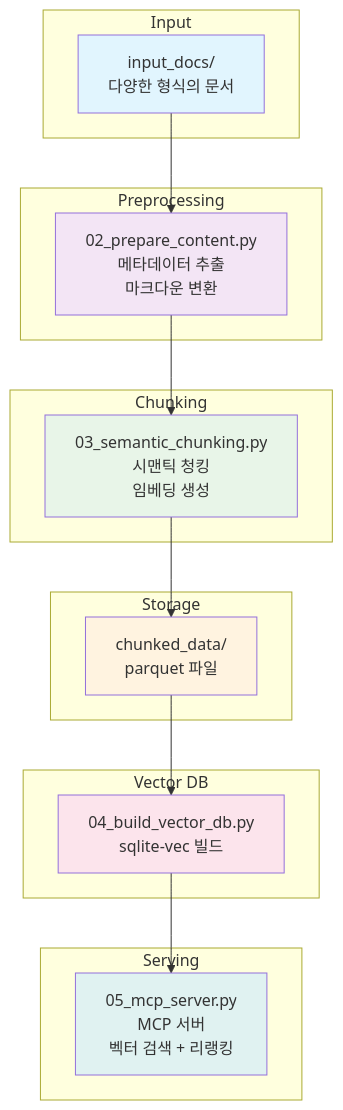
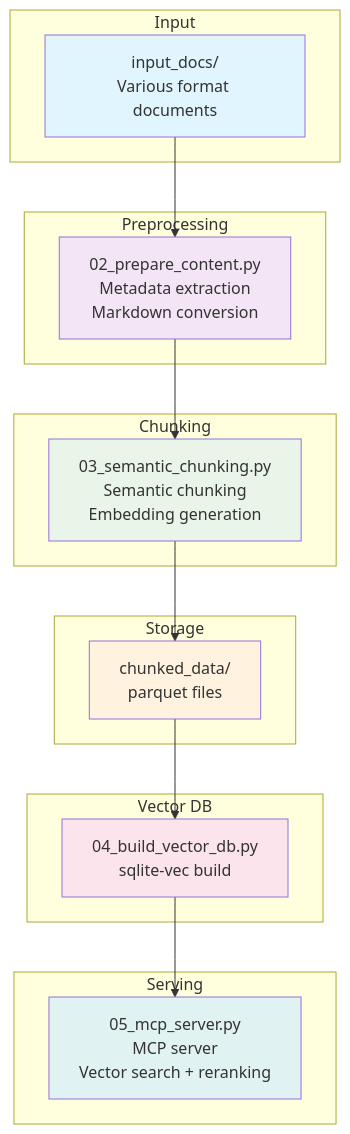
The diagram in README.md (rkttu/reconsidered_rag), drawn with Mermaid before and after one commit. The commit also changed other lines of this file and 6 other files, not shown here.

````diff
--- a/README.md
+++ b/README.md
@@ -23,39 +23,39 @@
 ```mermaid
 flowchart TD
     subgraph "Input"
-        A[input_docs/<br/>다양한 형식의 문서]
+        A[input_docs/<br/>Various format documents]
     end
     
     subgraph "Preprocessing"
-        B[02_prepare_content.py<br/>메타데이터 추출<br/>마크다운 변환]
+        B[02_prepare_content.py<br/>Metadata extraction<br/>Markdown conversion]
     end
     
     subgraph "Chunking"
-        C[03_semantic_chunking.py<br/>시맨틱 청킹<br/>임베딩 생성]
+        C[03_semantic_chunking.py<br/>Semantic chunking<br/>Embedding generation]
     end
     
     subgraph "Storage"
-        D[chunked_data/<br/>parquet 파일]
+        D[chunked_data/<br/>parquet files]
     end
     
     subgraph "Vector DB"
-        E[04_build_vector_db.py<br/>sqlite-vec 빌드]
+        E[04_build_vector_db.py<br/>sqlite-vec build]
     end
     
     subgraph "Serving"
-        F[05_mcp_server.py<br/>MCP 서버<br/>벡터 검색 + 리랭킹]
+        F[05_mcp_server.py<br/>MCP server<br/>Vector search + reranking]
     end
     
     A --> B
     B --> C
     C --> D
     D --> E
     E --> F
     
     style A fill:#e1f5fe
     style B fill:#f3e5f5
     style C fill:#e8f5e8
     style D fill:#fff3e0
     style E fill:#fce4ec
     style F fill:#e0f2f1
 ```
````
